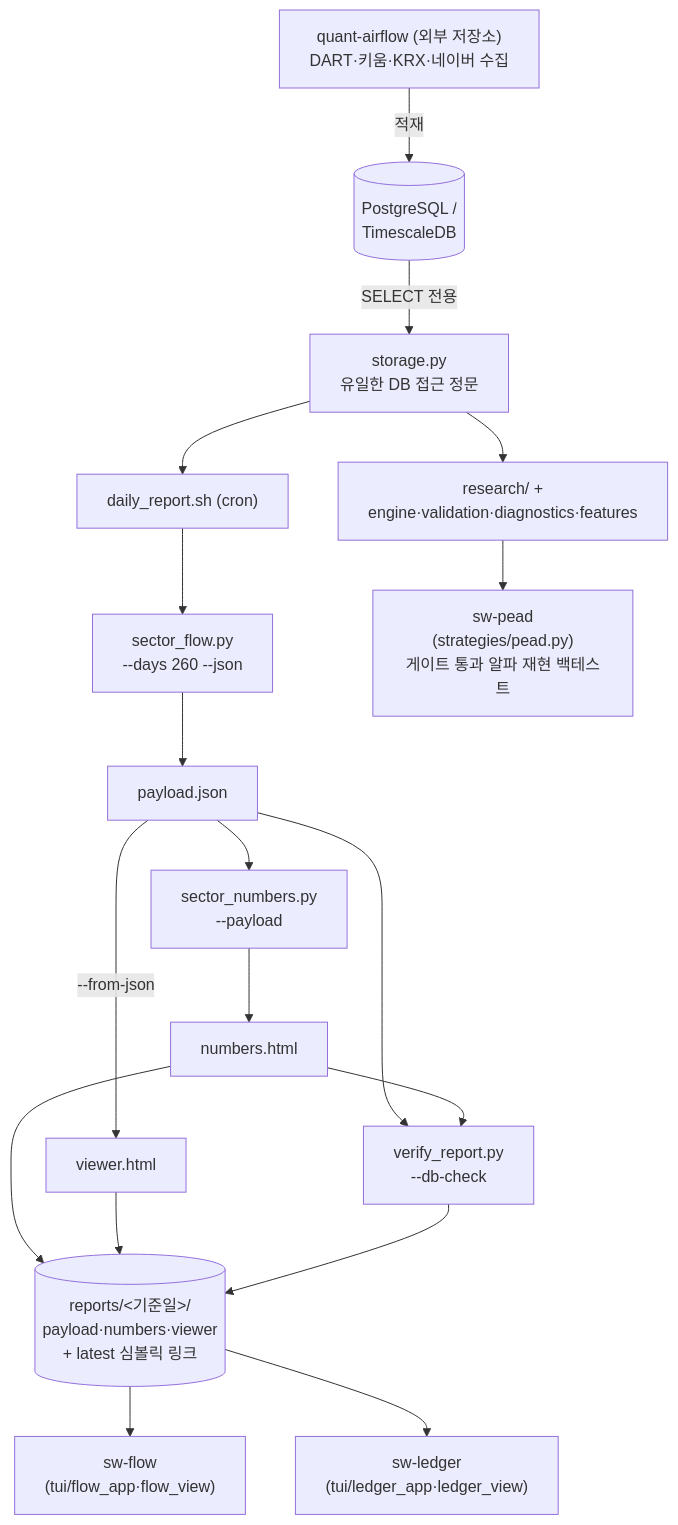
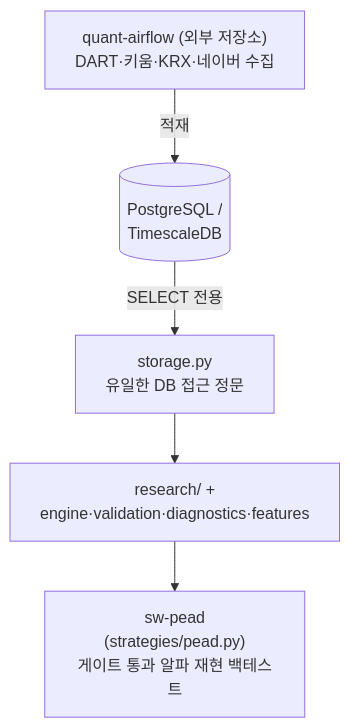
The diagram in README.md (younghwan91/swing-it), drawn with Mermaid before and after one commit. The commit also changed other lines of this file and 34 other files, not shown here.

````diff
--- a/README.md
+++ b/README.md
@@ -124,25 +90,9 @@
 ```mermaid
 flowchart TD
     AF["quant-airflow (외부 저장소)\nDART·키움·KRX·네이버 수집"] -->|적재| DB[("PostgreSQL /\nTimescaleDB")]
 
     DB -->|"SELECT 전용"| ST["storage.py\n유일한 DB 접근 정문"]
 
-    ST --> CRON["daily_report.sh (cron)"]
-    CRON --> SF["sector_flow.py\n--days 260 --json"]
-    SF --> PAYLOAD["payload.json"]
-    PAYLOAD --> SN["sector_numbers.py\n--payload"]
-    PAYLOAD -->|"--from-json"| VW["viewer.html"]
-    SN --> NH["numbers.html"]
-    PAYLOAD --> VR["verify_report.py\n--db-check"]
-    NH --> VR
-
-    NH --> REP[("reports/&lt;기준일&gt;/\npayload·numbers·viewer\n+ latest 심볼릭 링크")]
-    VW --> REP
-    VR --> REP
-
-    REP --> FLOW["sw-flow\n(tui/flow_app·flow_view)"]
-    REP --> LEDGER["sw-ledger\n(tui/ledger_app·ledger_view)"]
-
     ST --> ALPHA["research/ +\nengine·validation·diagnostics·features"]
     ALPHA --> PEAD["sw-pead\n(strategies/pead.py)\n게이트 통과 알파 재현 백테스트"]
 ```
````
